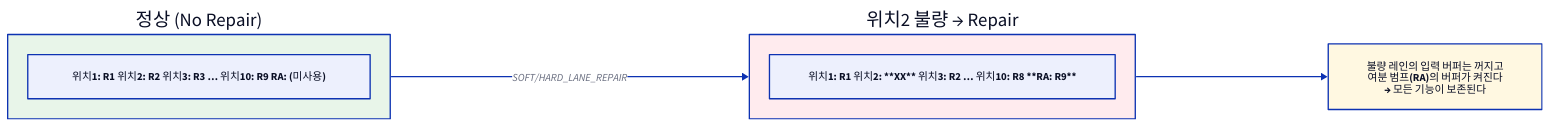
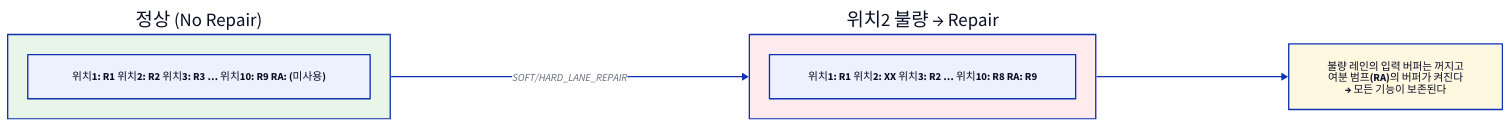
The diagram in starlight_site/src/content/docs/hbm4_jedec_dd/10_test_repair.md (humbleowl39/DV_SKOOL), drawn with D2 before and after one commit. The commit also changed 714 other files, not shown here.

First line of the commit message:
fix(site): d2 다이어그램 가독성 결함 6종 일괄 수정

````diff
--- a/starlight_site/src/content/docs/hbm4_jedec_dd/10_test_repair.md
+++ b/starlight_site/src/content/docs/hbm4_jedec_dd/10_test_repair.md
@@ -43,20 +43,20 @@
 ```d2
 direction: right
 
 NORMAL: "정상 (No Repair)" {
   style.fill: "#e8f5e9"; style.font-color: "#0A0F25"
   n: "위치1: R1   위치2: R2   위치3: R3   …   위치10: R9   RA: (미사용)"
 }
 
 BROKEN: "위치2 불량 → Repair" {
   style.fill: "#ffebee"; style.font-color: "#0A0F25"
-  b: "위치1: R1   위치2: **XX**   위치3: R2   …   위치10: R8   **RA: R9**"
+  b: "위치1: R1   위치2: XX   위치3: R2   …   위치10: R8   RA: R9"
 }
 
 NOTE: "불량 레인의 입력 버퍼는 꺼지고\n여분 범프(RA)의 버퍼가 켜진다\n→ 모든 기능이 보존된다" {
   style.fill: "#fff8e1"; style.font-color: "#0A0F25"
 }
 
 NORMAL -> BROKEN: "SOFT/HARD_LANE_REPAIR"
 BROKEN -> NOTE
 ```
````
